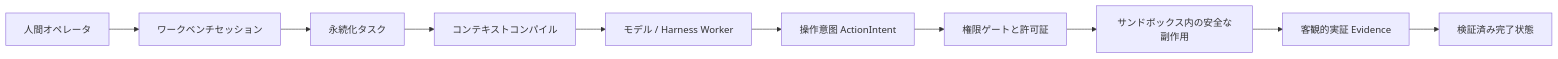
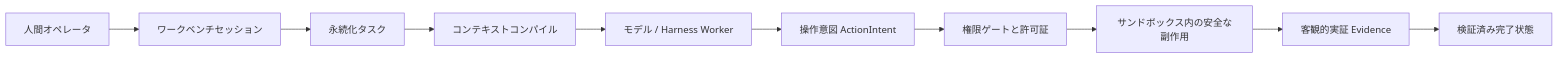
One commit to civi0411/Custos changed the diagram in docs/i18n/README.ja.md. Above: the diagram before and after it, drawn with Mermaid. The commit also changed other lines of this file and 171 other files, not shown here.

Commit message:
test,docs,ci(gate): enforce xtask topic-cohesion invariants, golden suites, and synchronized architecture docs

````diff
--- a/docs/i18n/README.ja.md
+++ b/docs/i18n/README.ja.md
@@ -45,12 +45,12 @@
 ```mermaid
 flowchart LR
     Human[人間オペレータ] --> Session[ワークベンチセッション]
     Session --> Task[永続化タスク]
     Task --> Context[コンテキストコンパイル]
     Context --> Worker[モデル / Harness Worker]
-    Worker --> Intent[操作意图 ActionIntent]
+    Worker --> Intent[操作意図 ActionIntent]
     Intent --> Gate[権限ゲートと許可証]
     Gate --> Effect[サンドボックス内の安全な副作用]
     Effect --> Evidence[客観的実証 Evidence]
     Evidence --> Outcome[検証済み完了状態]
 ```
````
